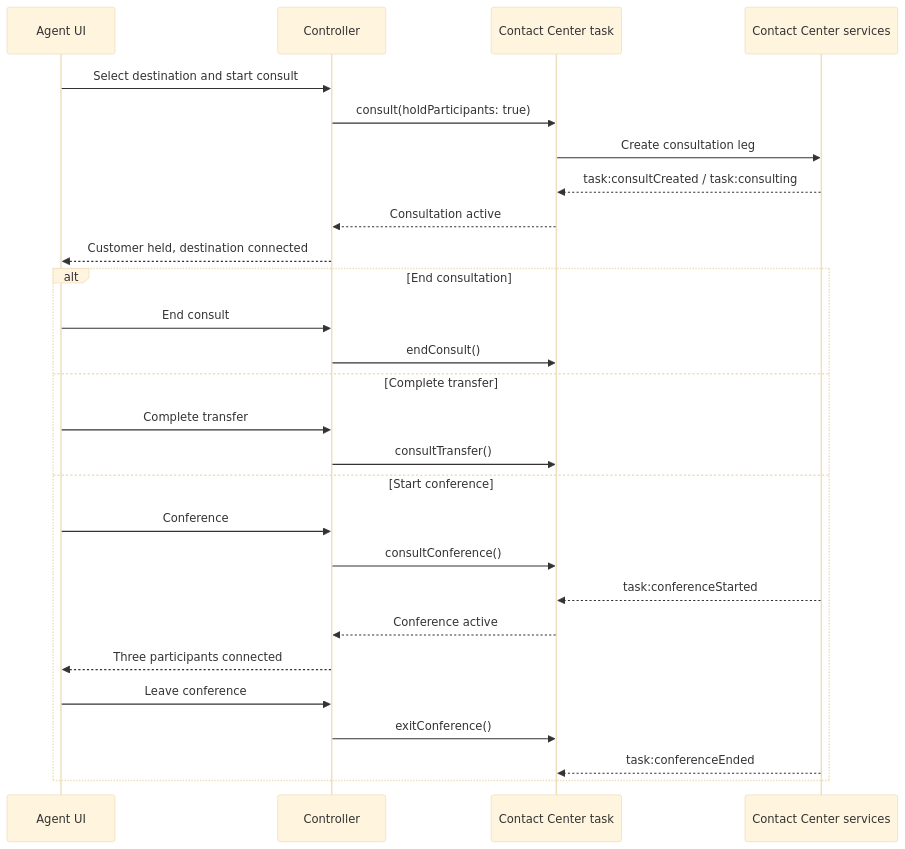
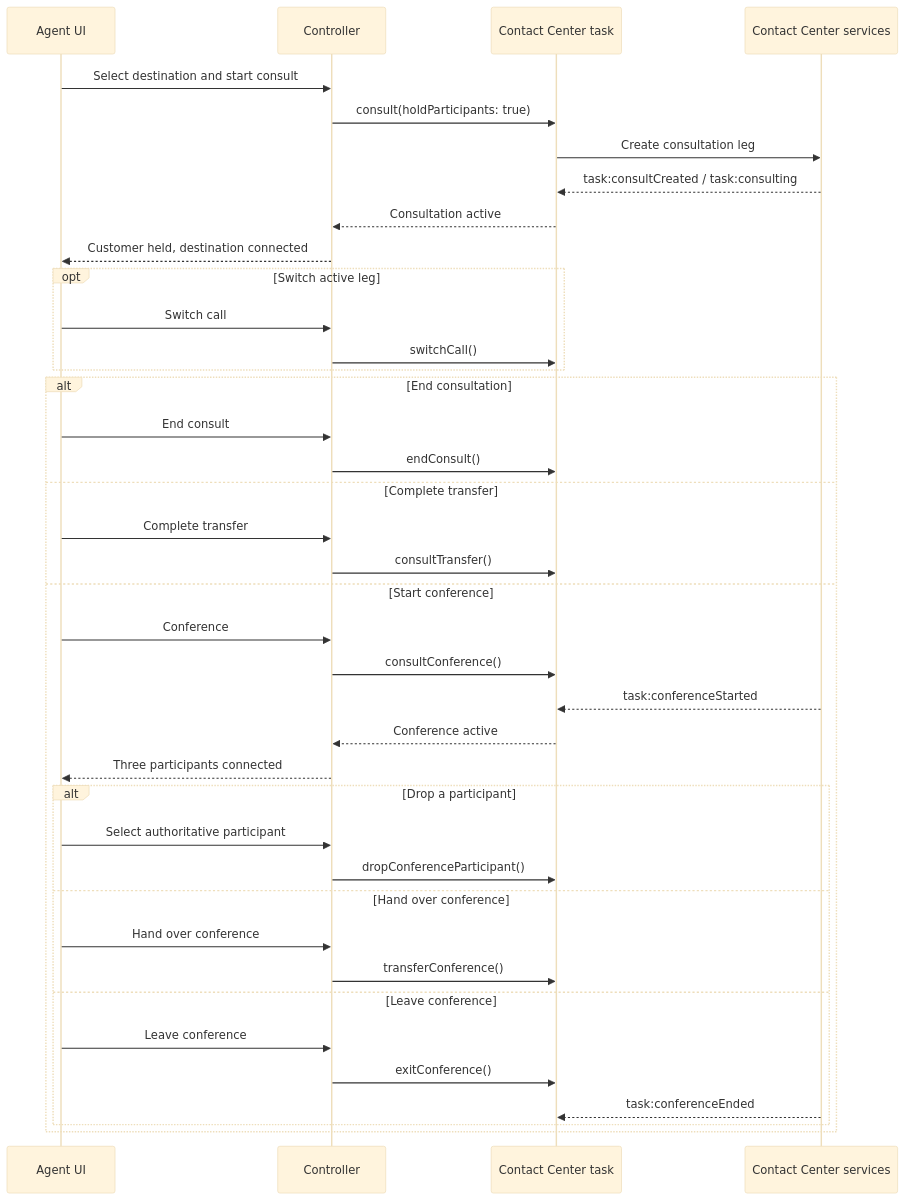
One commit to aashishberry/webexcc_sdk_app changed the sixth of 8 diagrams in ARCHITECTURE.md. Above: the diagram before and after it, drawn with Mermaid (base theme). The commit also changed other lines of this file and 12 other files, not shown here.

````diff
--- a/ARCHITECTURE.md
+++ b/ARCHITECTURE.md
@@ -270,30 +274,42 @@
 ```mermaid
 sequenceDiagram
     participant A as Agent UI
     participant C as Controller
     participant T as Contact Center task
     participant W as Contact Center services
 
     A->>C: Select destination and start consult
     C->>T: consult(holdParticipants: true)
     T->>W: Create consultation leg
     W-->>T: task:consultCreated / task:consulting
     T-->>C: Consultation active
     C-->>A: Customer held, destination connected
+    opt Switch active leg
+        A->>C: Switch call
+        C->>T: switchCall()
+    end
     alt End consultation
         A->>C: End consult
         C->>T: endConsult()
     else Complete transfer
         A->>C: Complete transfer
         C->>T: consultTransfer()
     else Start conference
         A->>C: Conference
         C->>T: consultConference()
         W-->>T: task:conferenceStarted
         T-->>C: Conference active
         C-->>A: Three participants connected
-        A->>C: Leave conference
-        C->>T: exitConference()
-        W-->>T: task:conferenceEnded
+        alt Drop a participant
+            A->>C: Select authoritative participant
+            C->>T: dropConferenceParticipant()
+        else Hand over conference
+            A->>C: Hand over conference
+            C->>T: transferConference()
+        else Leave conference
+            A->>C: Leave conference
+            C->>T: exitConference()
+            W-->>T: task:conferenceEnded
+        end
     end
 ```
````
